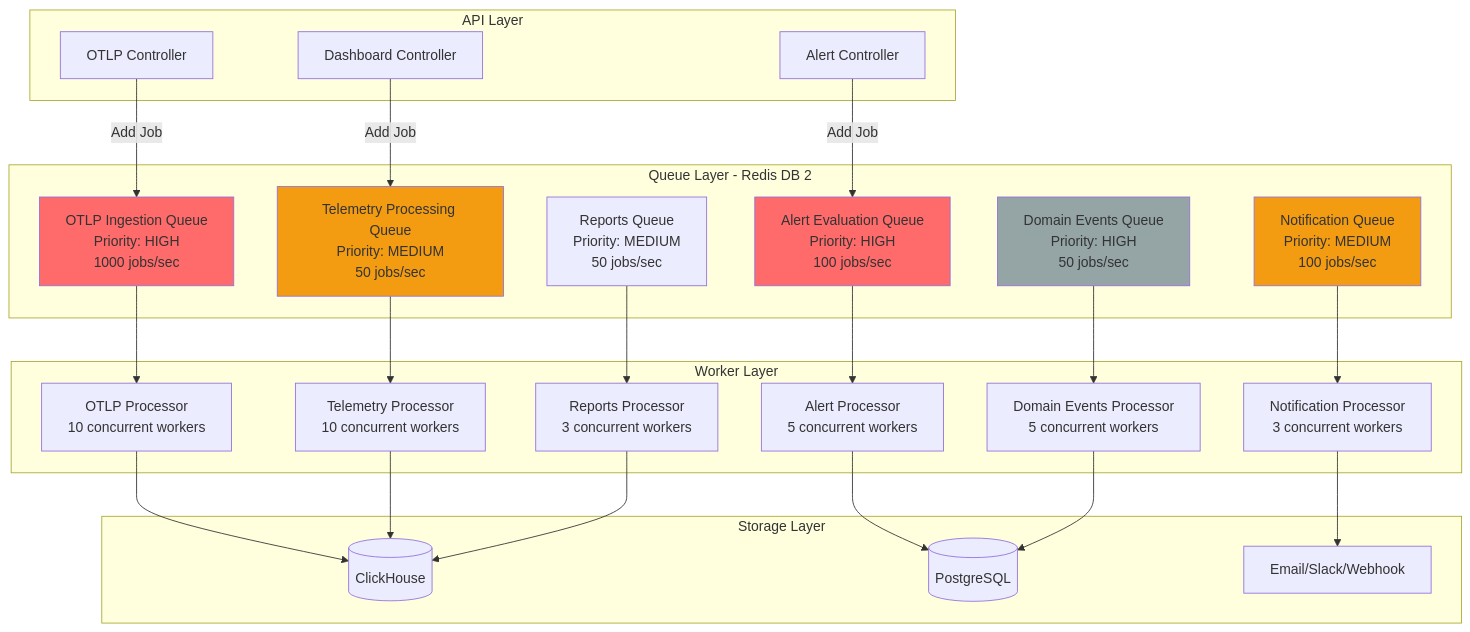
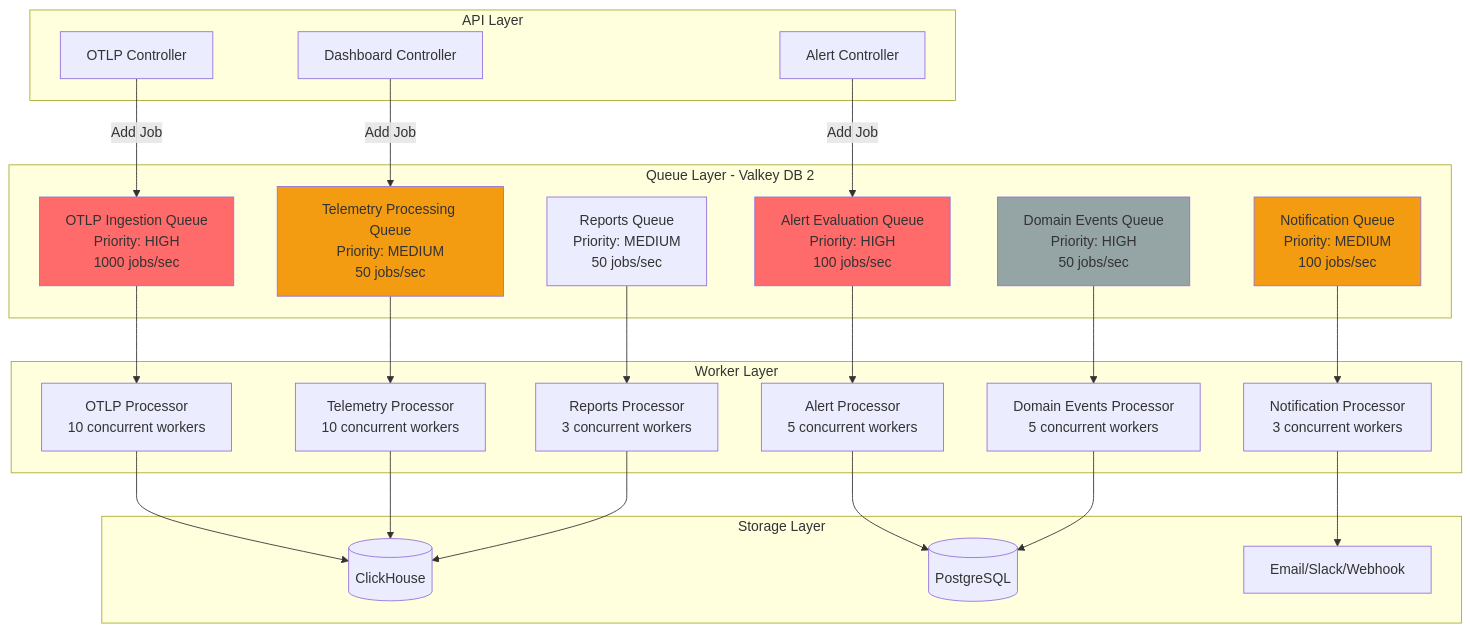
The ninth of 54 diagrams in architecture/05-PERFORMANCE.md (telemetryflow/telemetryflow-overview), drawn with Mermaid before and after one commit. The commit also changed other lines of this file and 23 other files, not shown here.

First line of the commit message:
docs: relabel Redis->Valkey in architecture/diagrams/prose (follow-up sweep)

````diff
--- a/architecture/05-PERFORMANCE.md
+++ b/architecture/05-PERFORMANCE.md
@@ -351,56 +351,56 @@
 ```mermaid
 graph TB
     subgraph "API Layer"
         A[OTLP Controller]
         B[Alert Controller]
         C[Dashboard Controller]
     end
 
-    subgraph "Queue Layer - Redis DB 2"
+    subgraph "Queue Layer - Valkey DB 2"
         D[OTLP Ingestion Queue<br/>Priority: HIGH<br/>1000 jobs/sec]
         E[Alert Evaluation Queue<br/>Priority: HIGH<br/>100 jobs/sec]
         F[Telemetry Processing Queue<br/>Priority: MEDIUM<br/>50 jobs/sec]
         G[Domain Events Queue<br/>Priority: HIGH<br/>50 jobs/sec]
         H[Notification Queue<br/>Priority: MEDIUM<br/>100 jobs/sec]
         H2[Reports Queue<br/>Priority: MEDIUM<br/>50 jobs/sec]
     end
 
     subgraph "Worker Layer"
         I[OTLP Processor<br/>10 concurrent workers]
         J[Alert Processor<br/>5 concurrent workers]
         K[Telemetry Processor<br/>10 concurrent workers]
         L[Domain Events Processor<br/>5 concurrent workers]
         M[Notification Processor<br/>3 concurrent workers]
         M2[Reports Processor<br/>3 concurrent workers]
     end
 
     subgraph "Storage Layer"
         N[(ClickHouse)]
         O[(PostgreSQL)]
         P[Email/Slack/Webhook]
     end
 
     A -->|Add Job| D
     B -->|Add Job| E
     C -->|Add Job| F
 
     D --> I
     E --> J
     F --> K
     G --> L
     H --> M
     H2 --> M2
 
     I --> N
     J --> O
     K --> N
     L --> O
     M --> P
     M2 --> N
 
     style D fill:#ff6b6b
     style E fill:#ff6b6b
     style F fill:#f39c12
     style G fill:#95a5a6
     style H fill:#f39c12
 ```
````
